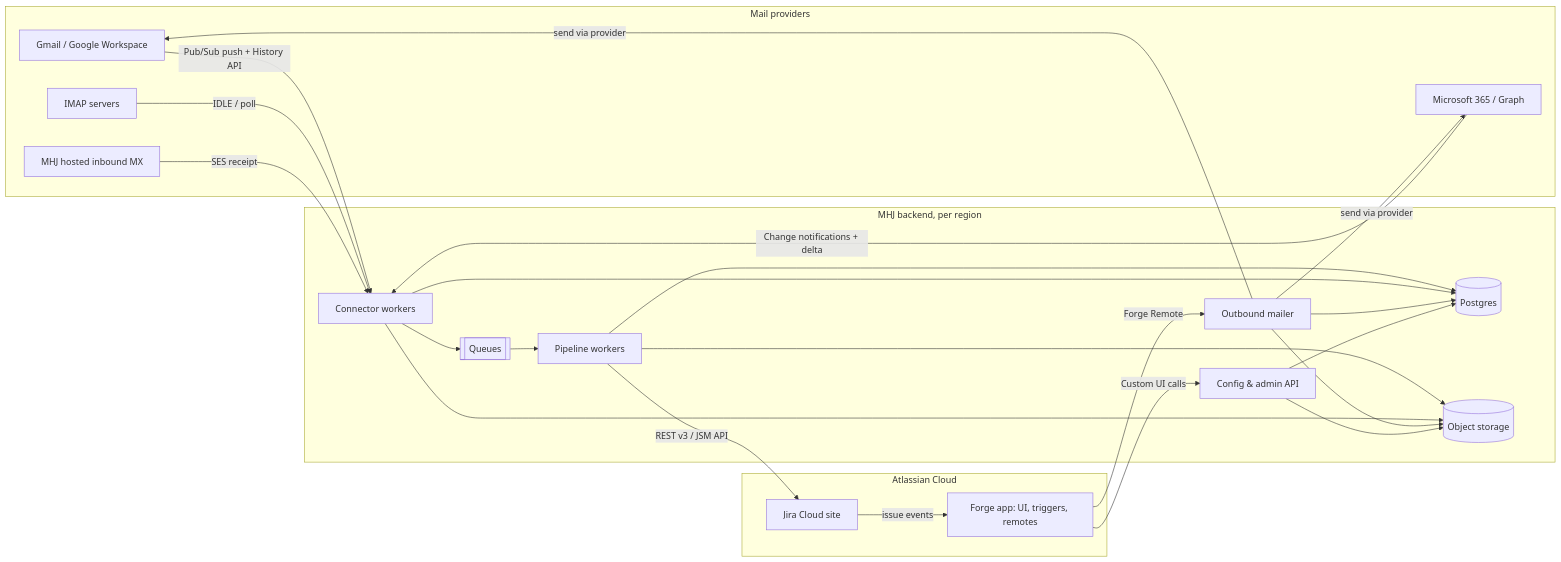
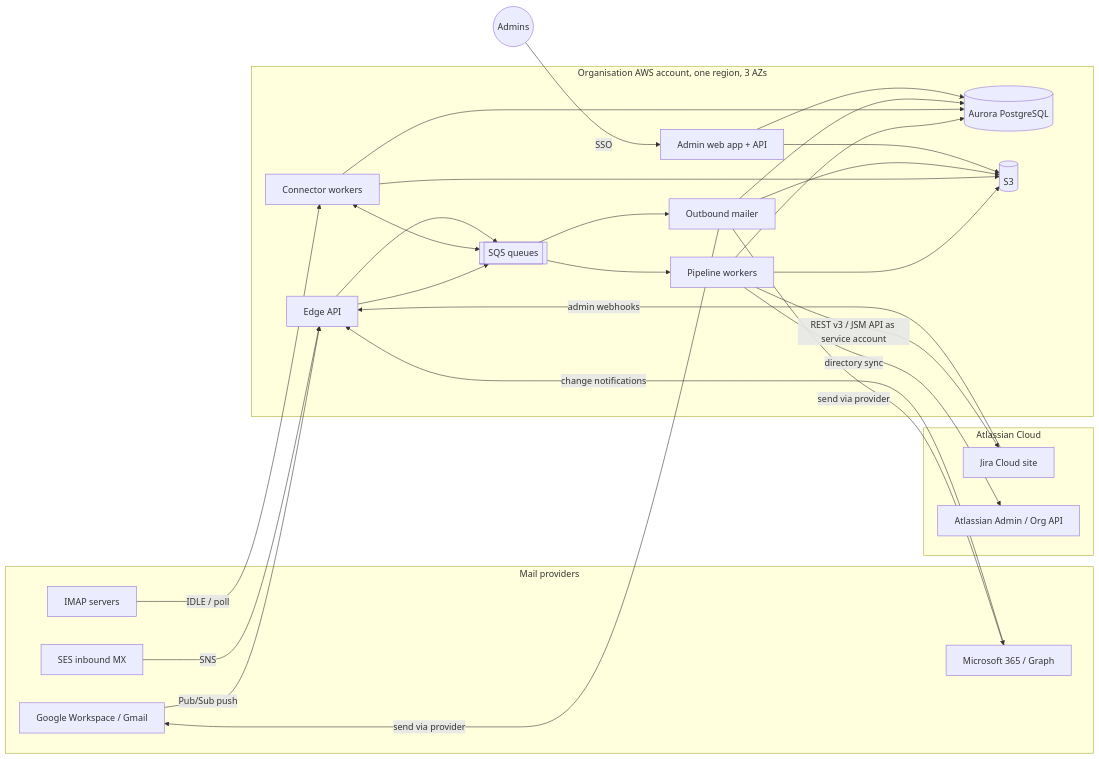
The first of 2 diagrams in _specs/jira-mail-handler/SPEC.md (papileks/papileks.github.io), drawn with Mermaid before and after one commit. The commit also changed other lines of this file, not shown here.

````diff
--- a/_specs/jira-mail-handler/SPEC.md
+++ b/_specs/jira-mail-handler/SPEC.md
@@ -176,32 +183,36 @@
 ```mermaid
 flowchart LR
   subgraph Providers[Mail providers]
-    G[Gmail / Google Workspace]
+    G[Google Workspace / Gmail]
     M[Microsoft 365 / Graph]
     I[IMAP servers]
-    H[MHJ hosted inbound MX]
+    H[SES inbound MX]
   end
   subgraph Atl[Atlassian Cloud]
     J[Jira Cloud site]
-    F[Forge app: UI, triggers, remotes]
+    AA[Atlassian Admin / Org API]
   end
-  subgraph MHJ[MHJ backend, per region]
+  subgraph AWS[Organisation AWS account, one region, 3 AZs]
+    E[Edge API]
     C[Connector workers]
     P[Pipeline workers]
     O[Outbound mailer]
-    A[Config & admin API]
-    DB[(Postgres)]
-    S3[(Object storage)]
-    Q[[Queues]]
+    UI[Admin web app + API]
+    DB[(Aurora PostgreSQL)]
+    S3[(S3)]
+    Q[[SQS queues]]
   end
-  G -- Pub/Sub push + History API --> C
-  M -- Change notifications + delta --> C
+  Admin((Admins)) -- SSO --> UI
+  G -- Pub/Sub push --> E
+  M -- change notifications --> E
+  H -- SNS --> E
+  E --> Q
   I -- IDLE / poll --> C
-  H -- SES receipt --> C
-  C --> Q --> P
-  P -- REST v3 / JSM API --> J
-  J -- issue events --> F -- Forge Remote --> O
+  C <--> Q
+  Q --> P
+  P -- REST v3 / JSM API as service account --> J
+  J -- admin webhooks --> E --> Q --> O
   O -- send via provider --> G & M
-  F -- Custom UI calls --> A
-  P & C & O & A --> DB & S3
+  P -- directory sync --> AA
+  P & C & O & UI --> DB & S3
 ```
````
